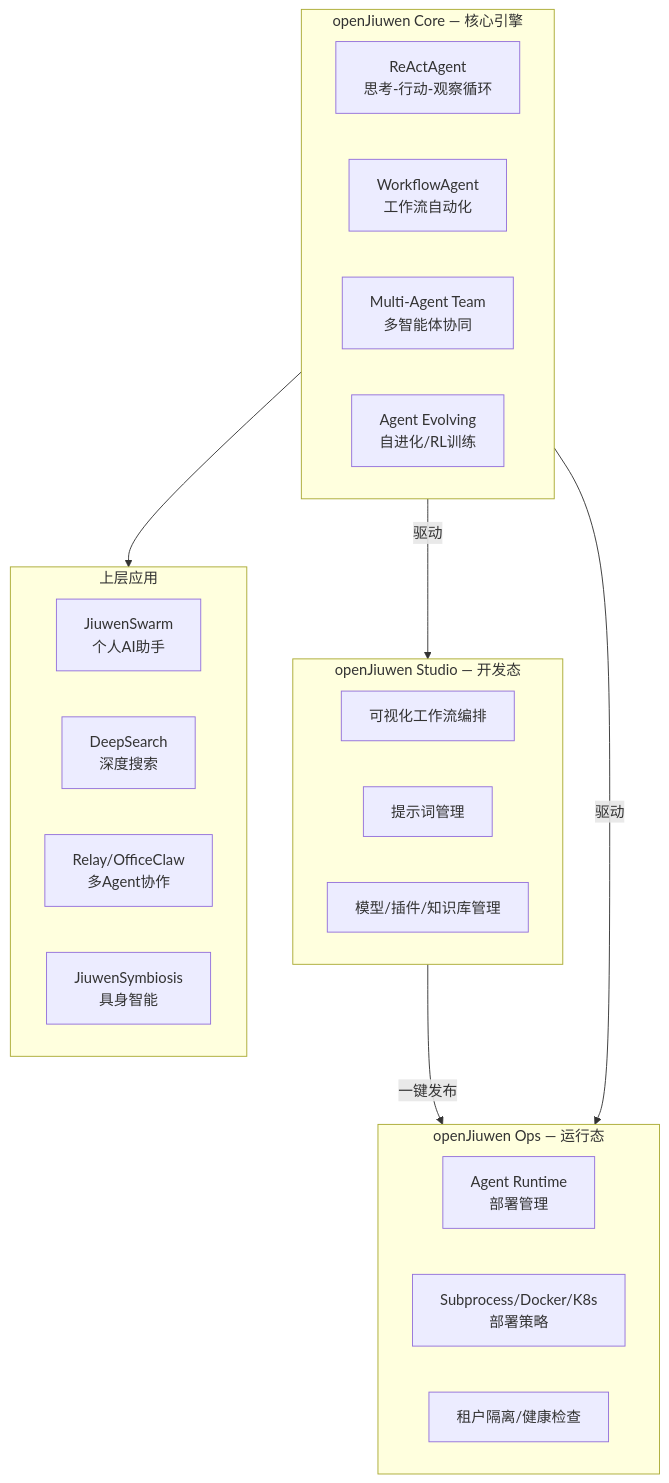
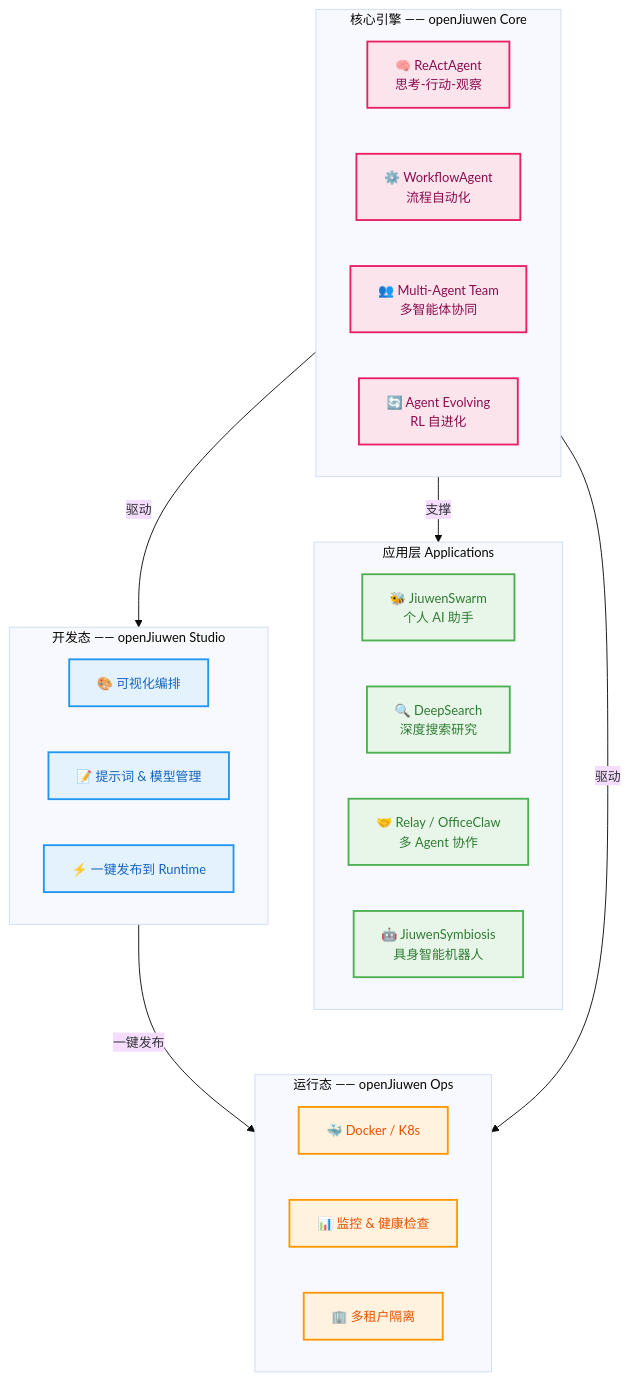
Before and after one commit to csoulnd/InferTechNote: the first of 2 diagrams in CodeAgent/docs/openJiuwen.md, drawn with Mermaid. The commit also changed other lines of this file, not shown here.

````diff
--- a/CodeAgent/docs/openJiuwen.md
+++ b/CodeAgent/docs/openJiuwen.md
@@ -17,38 +17,43 @@
 ```mermaid
+%%{init: {'theme': 'base', 'themeVariables': { 'fontSize': '14px'}}}%%
 flowchart TB
-    subgraph Studio["openJiuwen Studio — 开发态"]
+    subgraph APPS[" 应用层 Applications  "]
         direction LR
-        A1["可视化工作流编排"]
-        A2["提示词管理"]
-        A3["模型/插件/知识库管理"]
+        D1["🐝 JiuwenSwarm<br/>个人 AI 助手"]:::app
+        D2["🔍 DeepSearch<br/>深度搜索研究"]:::app
+        D3["🤝 Relay / OfficeClaw<br/>多 Agent 协作"]:::app
+        D4["🤖 JiuwenSymbiosis<br/>具身智能机器人"]:::app
     end
 
-    subgraph Core["openJiuwen Core — 核心引擎"]
+    subgraph STUDIO[" 开发态 —— openJiuwen Studio  "]
         direction LR
-        B1["ReActAgent<br/>思考-行动-观察循环"]
-        B2["WorkflowAgent<br/>工作流自动化"]
-        B3["Multi-Agent Team<br/>多智能体协同"]
-        B4["Agent Evolving<br/>自进化/RL训练"]
+        A1["🎨 可视化编排"]:::studio
+        A2["📝 提示词 & 模型管理"]:::studio
+        A3["⚡ 一键发布到 Runtime"]:::studio
     end
 
-    subgraph Ops["openJiuwen Ops — 运行态"]
+    subgraph OPS[" 运行态 —— openJiuwen Ops  "]
         direction LR
-        C1["Agent Runtime<br/>部署管理"]
-        C2["Subprocess/Docker/K8s<br/>部署策略"]
-        C3["租户隔离/健康检查"]
+        B1["🐳 Docker / K8s"]:::ops
+        B2["📊 监控 & 健康检查"]:::ops
+        B3["🏢 多租户隔离"]:::ops
     end
 
-    Studio -->|"一键发布"| Ops
-    Core -->|"驱动"| Studio
-    Core -->|"驱动"| Ops
-
-    subgraph Apps["上层应用"]
+    subgraph CORE[" 核心引擎 —— openJiuwen Core  "]
         direction LR
-        D1["JiuwenSwarm<br/>个人AI助手"]
-        D2["DeepSearch<br/>深度搜索"]
-        D3["Relay/OfficeClaw<br/>多Agent协作"]
-        D4["JiuwenSymbiosis<br/>具身智能"]
+        C1["🧠 ReActAgent<br/>思考-行动-观察"]:::core
+        C2["⚙️ WorkflowAgent<br/>流程自动化"]:::core
+        C3["👥 Multi-Agent Team<br/>多智能体协同"]:::core
+        C4["🔄 Agent Evolving<br/>RL 自进化"]:::core
     end
 
-    Core --> Apps
+    STUDIO -->|一键发布| OPS
+    CORE -->|驱动| STUDIO
+    CORE -->|驱动| OPS
+    CORE -->|支撑| APPS
+
+    classDef app fill:#e8f5e9,stroke:#4caf50,stroke-width:2px,color:#2e7d32
+    classDef studio fill:#e3f2fd,stroke:#2196f3,stroke-width:2px,color:#1565c0
+    classDef ops fill:#fff3e0,stroke:#ff9800,stroke-width:2px,color:#e65100
+    classDef core fill:#fce4ec,stroke:#e91e63,stroke-width:2px,color:#880e4f
 ```
````
